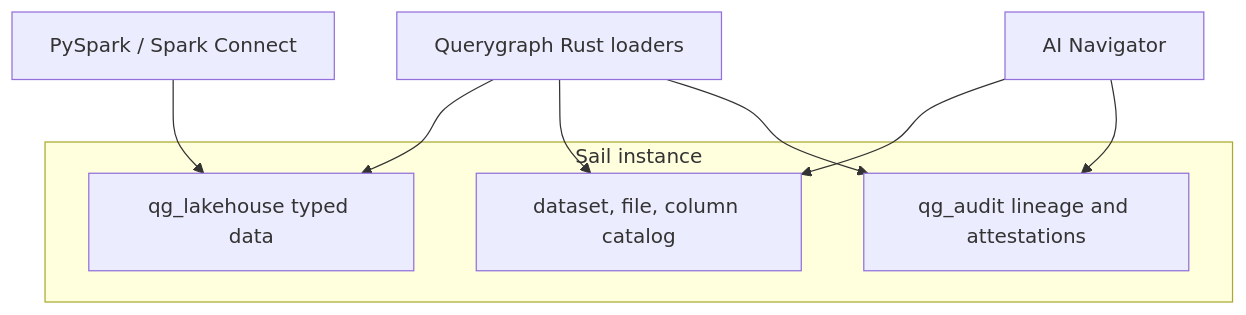
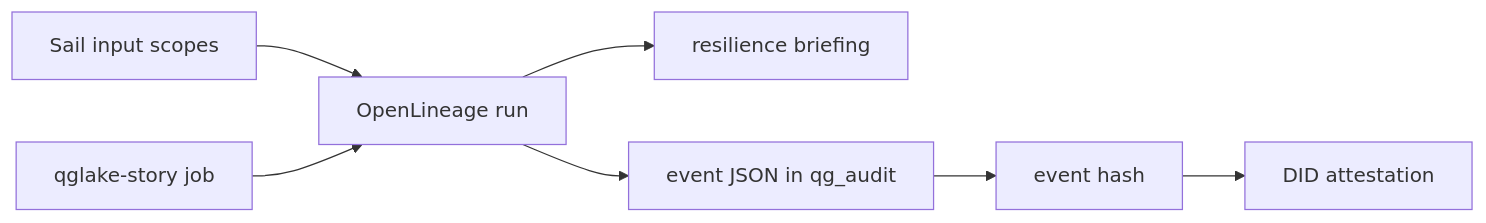
The diagram in docs/blog/assets/querygraph/diagrams/diagram-12.mmd (querygraph/qg-rust), drawn with Mermaid before and after one commit. The commit also changed 71 other files, not shown here.

```diff
--- a/docs/blog/assets/querygraph/diagrams/diagram-12.mmd
+++ b/docs/blog/assets/querygraph/diagrams/diagram-12.mmd
@@ -1,12 +1,7 @@
-flowchart TB
-    subgraph Sail["Sail instance"]
-      Lake["qg_lakehouse typed data"]
-      Catalog["dataset, file, column catalog"]
-      Audit["qg_audit lineage and attestations"]
-    end
-    Rust["Querygraph Rust loaders"] --> Lake
-    Rust --> Catalog
-    Rust --> Audit
-    Spark["PySpark / Spark Connect"] --> Lake
-    Navigator["AI Navigator"] --> Catalog
-    Navigator --> Audit
+flowchart LR
+    Inputs["Sail input scopes"] --> Run["OpenLineage run"]
+    Job["qglake-story job"] --> Run
+    Run --> Output["resilience briefing"]
+    Run --> Event["event JSON in qg_audit"]
+    Event --> Hash["event hash"]
+    Hash --> Attestation["DID attestation"]
```
